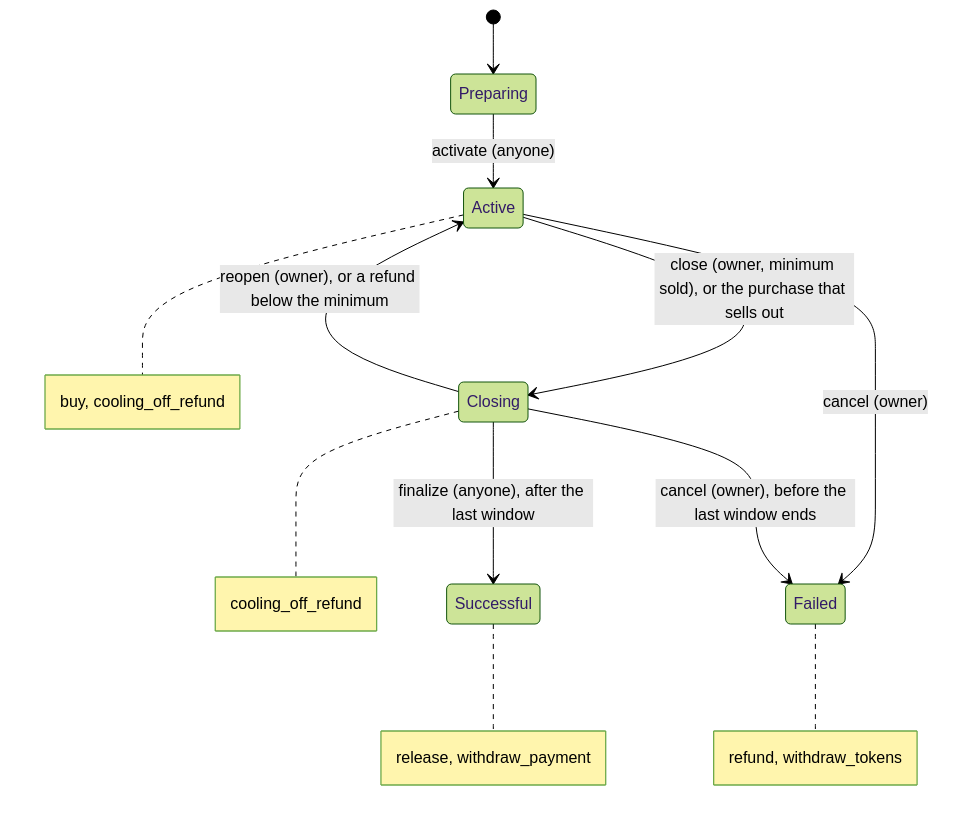
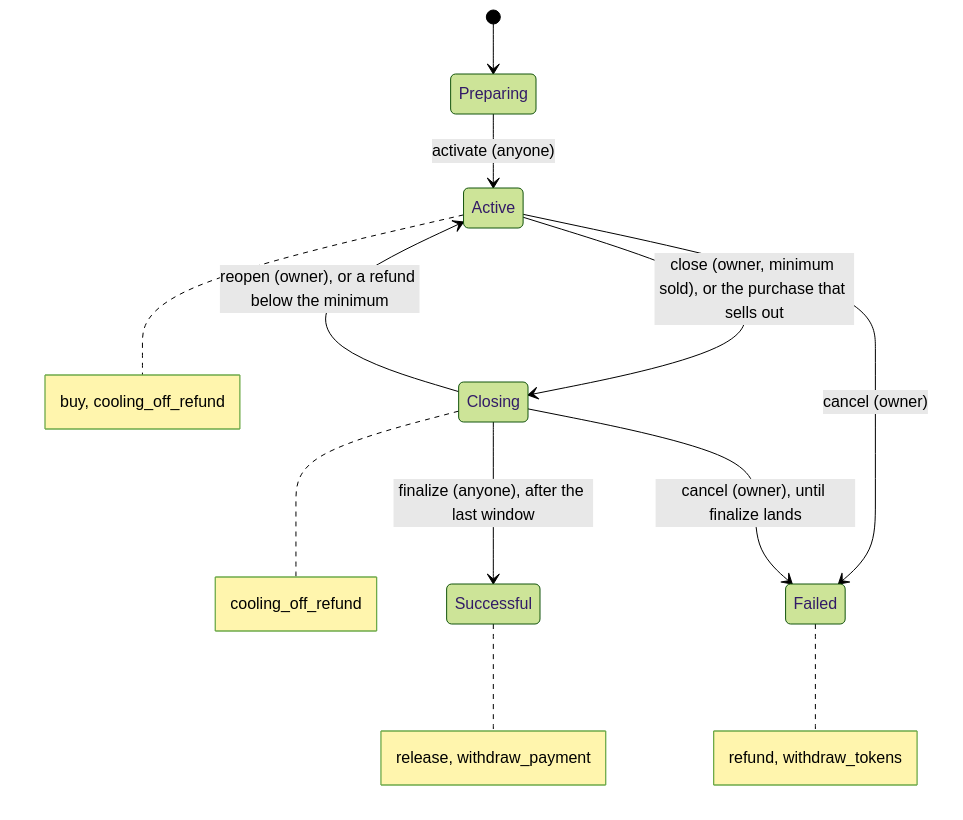
One commit to BWB-Labs/bwb-stellar changed the diagram in docs/offer-sale.md. Above: the diagram before and after it, drawn with Mermaid (forest theme). The commit also changed other lines of this file and 6 other files, not shown here.

````diff
--- a/docs/offer-sale.md
+++ b/docs/offer-sale.md
@@ -12,14 +12,14 @@
 ```mermaid
 stateDiagram-v2
   [*] --> Preparing
   Preparing --> Active: activate (anyone)
   Active --> Closing: close (owner, minimum sold), or the purchase that sells out
   Closing --> Active: reopen (owner), or a refund below the minimum
   Closing --> Successful: finalize (anyone), after the last window
   Active --> Failed: cancel (owner)
-  Closing --> Failed: cancel (owner), before the last window ends
+  Closing --> Failed: cancel (owner), until finalize lands
   note right of Active : buy, cooling_off_refund
   note right of Closing : cooling_off_refund
   note right of Successful : release, withdraw_payment
   note right of Failed : refund, withdraw_tokens
 ```
````
